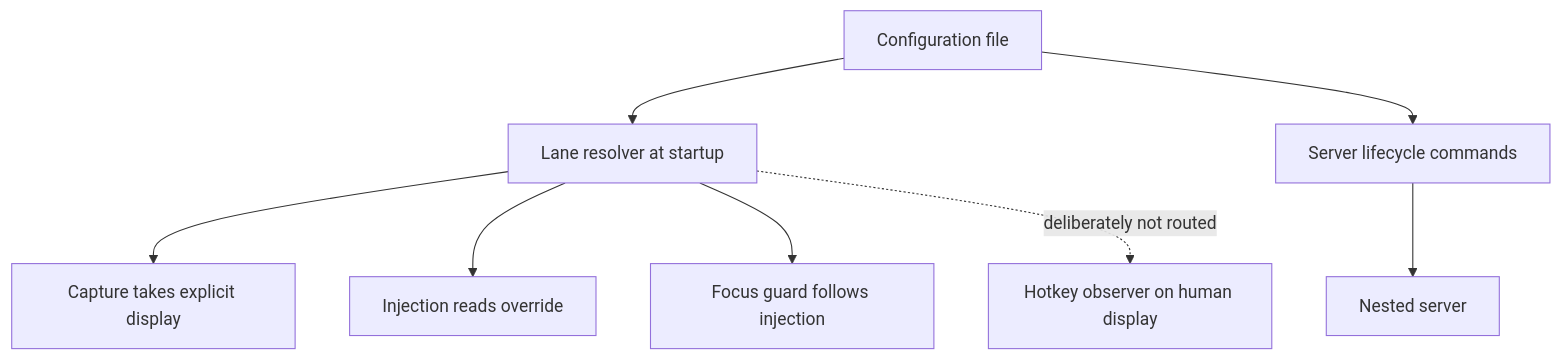
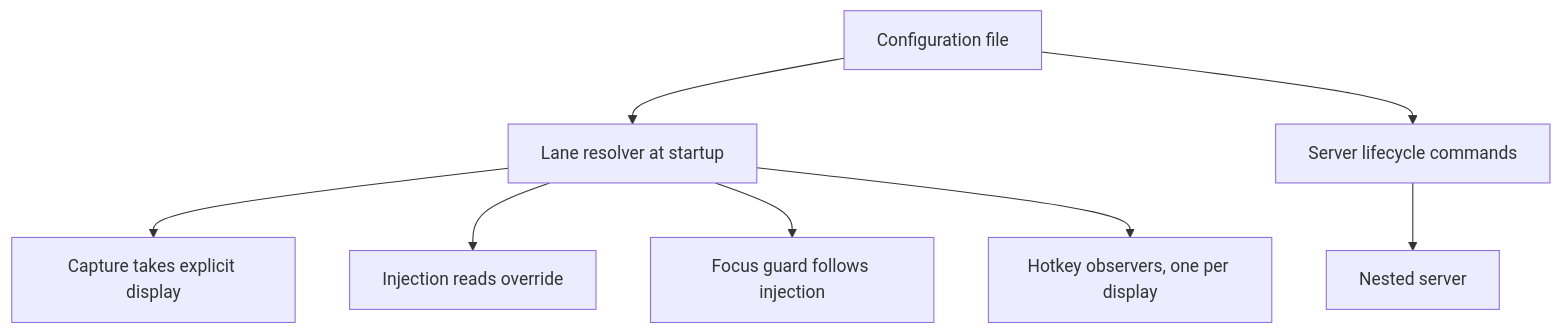
Before and after one commit to mhouse1/wingman: the second of 3 diagrams in docs/hldd/009-nested-display-isolation-hldd.md, drawn with Mermaid. The commit also changed other lines of this file and 21 other files, not shown here.

````diff
--- a/docs/hldd/009-nested-display-isolation-hldd.md
+++ b/docs/hldd/009-nested-display-isolation-hldd.md
@@ -150,12 +178,12 @@
 ```mermaid
 flowchart TB
   cfg["Configuration file"]
   cfg --> res["Lane resolver at startup"]
   res --> cap["Capture takes explicit display"]
   res --> inj["Injection reads override"]
   res --> grd["Focus guard follows injection"]
-  res -.->|"deliberately not routed"| obs["Hotkey observer on human display"]
+  res --> obs["Hotkey observers, one per display"]
   sup["Server lifecycle commands"]
   cfg --> sup
   sup --> srv["Nested server"]
 ```
````
